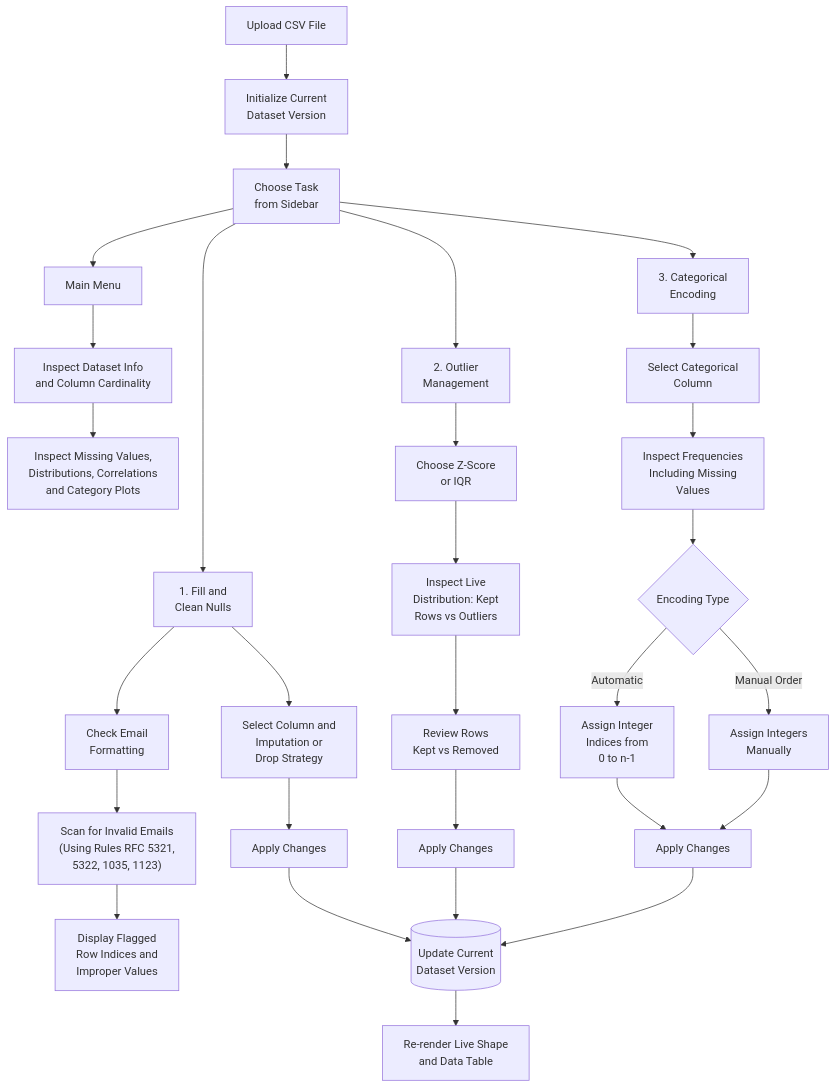
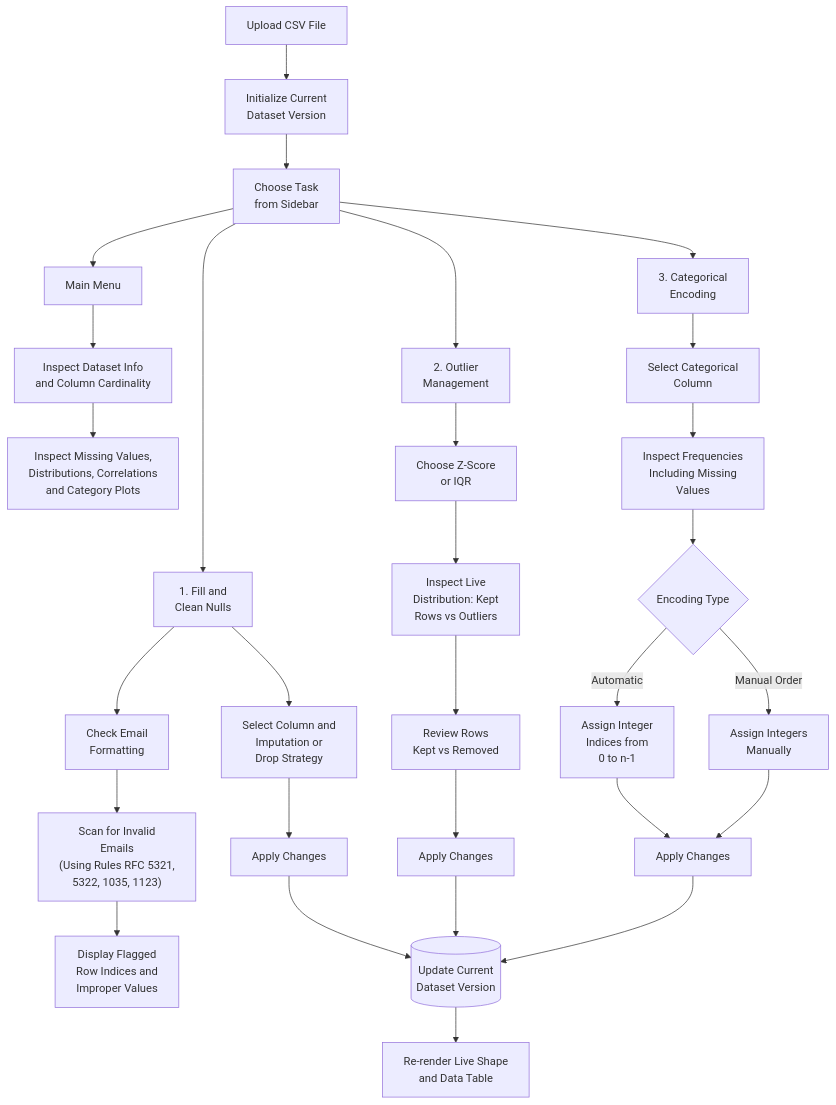
Before and after one commit to aniketbhopale/DataLave: the second of 2 diagrams in README.md, drawn with Mermaid.

Commit message:
Fixed formatting in flow

````diff
--- a/README.md
+++ b/README.md
@@ -71,40 +71,40 @@
 ```mermaid
 
 flowchart TD
     A["Upload CSV File"] --> B["Initialize Current<br/>Dataset Version"]
     B --> C["Choose Task<br/>from Sidebar"]
 
     C --> D["Main Menu"]
     C --> E["1. Fill and<br/>Clean Nulls"]
     C --> F["2. Outlier<br/>Management"]
     C --> G["3. Categorical<br/>Encoding"]
 
     D --> D1["Inspect Dataset Info<br/>and Column Cardinality"]
     D1 --> D2["Inspect Missing Values,<br/>Distributions, Correlations<br/>and Category Plots"]
 
     E --> E1["Select Column and<br/>Imputation or<br/>Drop Strategy"]
     E1 --> E2["Apply Changes"]
 
     E --> E3["Check Email<br/>Formatting"]
-    E3 --> E4["Scan for Invalid Emails<br/>(Using Rules RFC 5321,<br/>5322, 1035, 1123)"]
+    E3 --> E4["Scan for Invalid<br/>Emails<br/>(Using Rules RFC 5321,<br/>5322, 1035, 1123)"]
     E4 --> E5["Display Flagged<br/>Row Indices and<br/>Improper Values"]
 
     F --> F1["Choose Z-Score<br/>or IQR"]
     F1 --> F2["Inspect Live<br/>Distribution: Kept<br/>Rows vs Outliers"]
     F2 --> F3["Review Rows<br/>Kept vs Removed"]
     F3 --> F4["Apply Changes"]
 
     G --> G1["Select Categorical<br/>Column"]
     G1 --> G2["Inspect Frequencies<br/>Including Missing<br/>Values"]
     G2 --> G3{"Encoding Type"}
     G3 -->|Automatic| G4["Assign Integer<br/>Indices from<br/>0 to n-1"]
     G3 -->|Manual Order| G5["Assign Integers<br/>Manually"]
     G4 --> G6["Apply Changes"]
     G5 --> G6
 
     E2 --> H[("Update Current<br/>Dataset Version")]
     F4 --> H
     G6 --> H
     H --> I["Re-render Live Shape<br/>and Data Table"]
 
 ```
````
